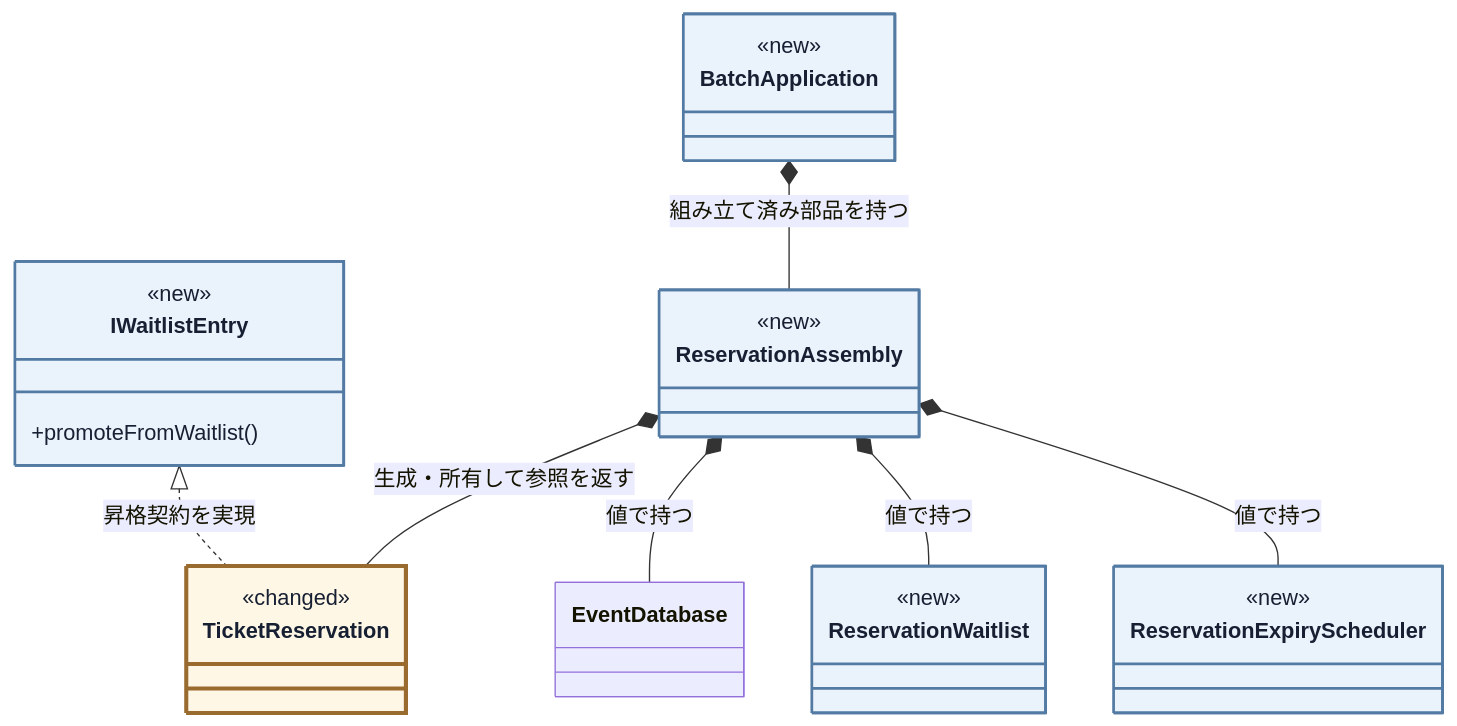
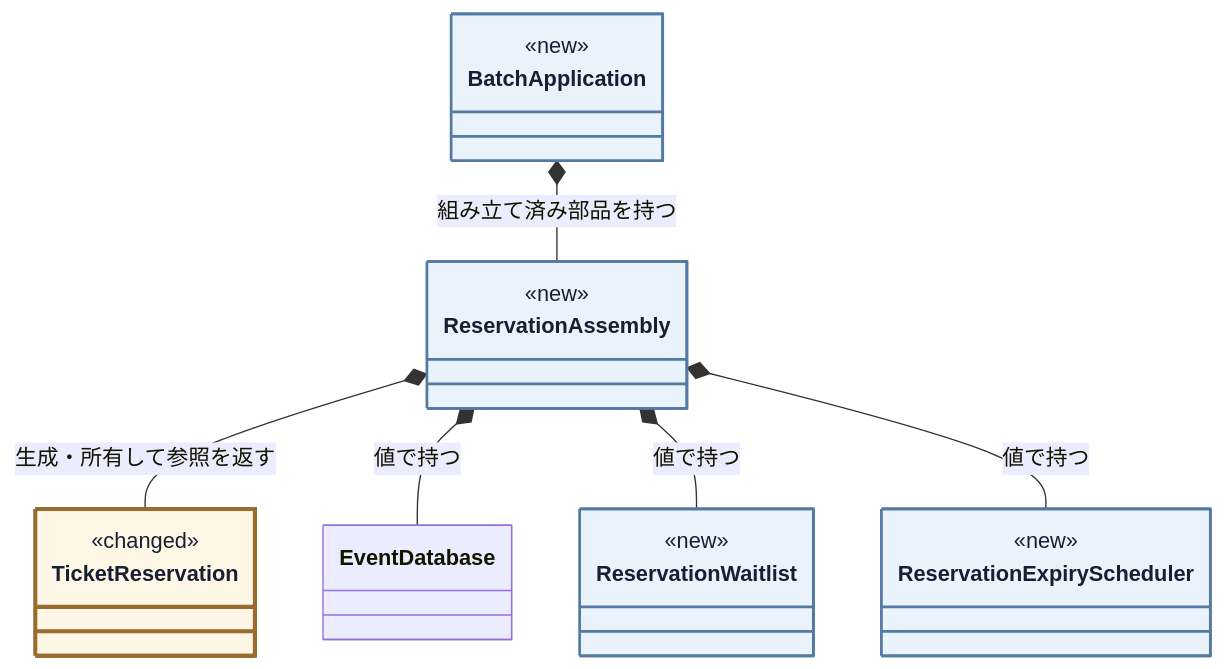
Before and after one commit to kumachan1101-pixel/DesignPattern: diagram 21 of 26 in kindle/design-patterns/books/volume01-core-patterns/output/04-chapter02.md, drawn with Mermaid. The commit also changed other lines of this file and 19 other files, not shown here.

````diff
--- a/kindle/design-patterns/books/volume01-core-patterns/output/04-chapter02.md
+++ b/kindle/design-patterns/books/volume01-core-patterns/output/04-chapter02.md
@@ -2069,34 +2038,28 @@
 ```mermaid
 classDiagram
     direction TB
     class TicketReservation:::touched {
         <<changed>>
     }
     class EventDatabase
     class ReservationWaitlist:::added {
         <<new>>
     }
-    class IWaitlistEntry:::added {
-        <<new>>
-        <<interface>>
-        +promoteFromWaitlist()
-    }
     class ReservationExpiryScheduler:::added {
         <<new>>
     }
     class ReservationAssembly:::added {
         <<new>>
     }
     class BatchApplication:::added {
         <<new>>
     }
-    IWaitlistEntry <|.. TicketReservation : 昇格契約を実現
     ReservationAssembly *-- TicketReservation : 生成・所有して参照を返す
     ReservationAssembly *-- EventDatabase : 値で持つ
     ReservationAssembly *-- ReservationWaitlist : 値で持つ
     ReservationAssembly *-- ReservationExpiryScheduler : 値で持つ
     BatchApplication *-- ReservationAssembly : 組み立て済み部品を持つ
 
     classDef added fill:#eaf2fb,stroke:#527aa3,stroke-width:2px,color:#172033;
     classDef touched fill:#fff7e6,stroke:#9a6b2f,stroke-width:3px,color:#172033;
 ```
````
